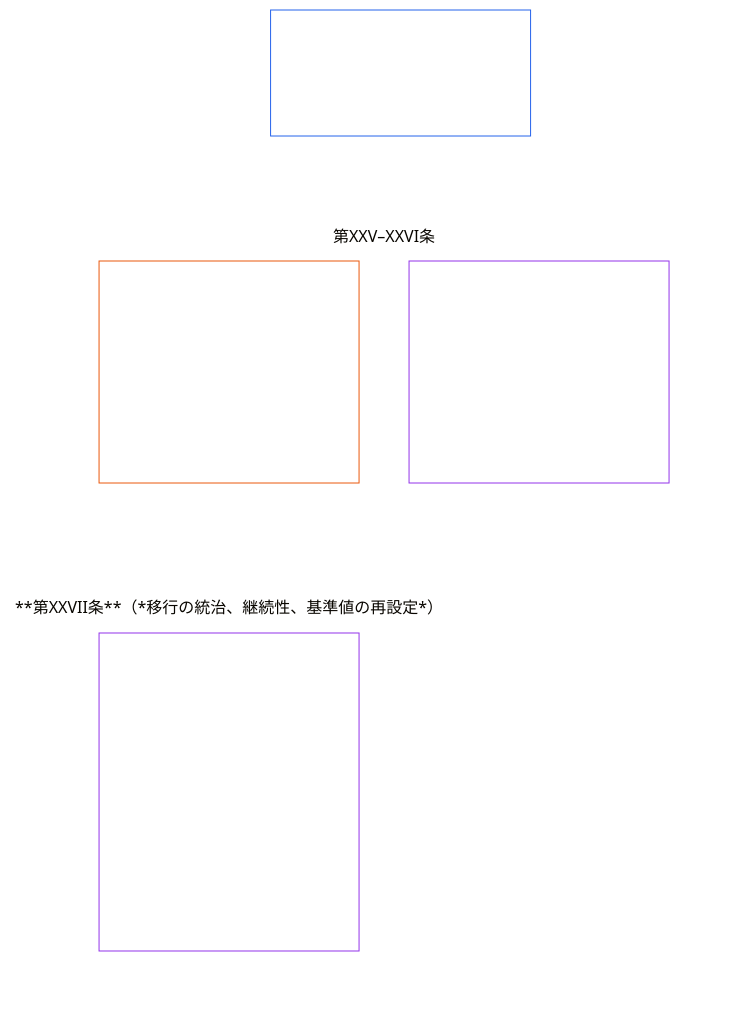
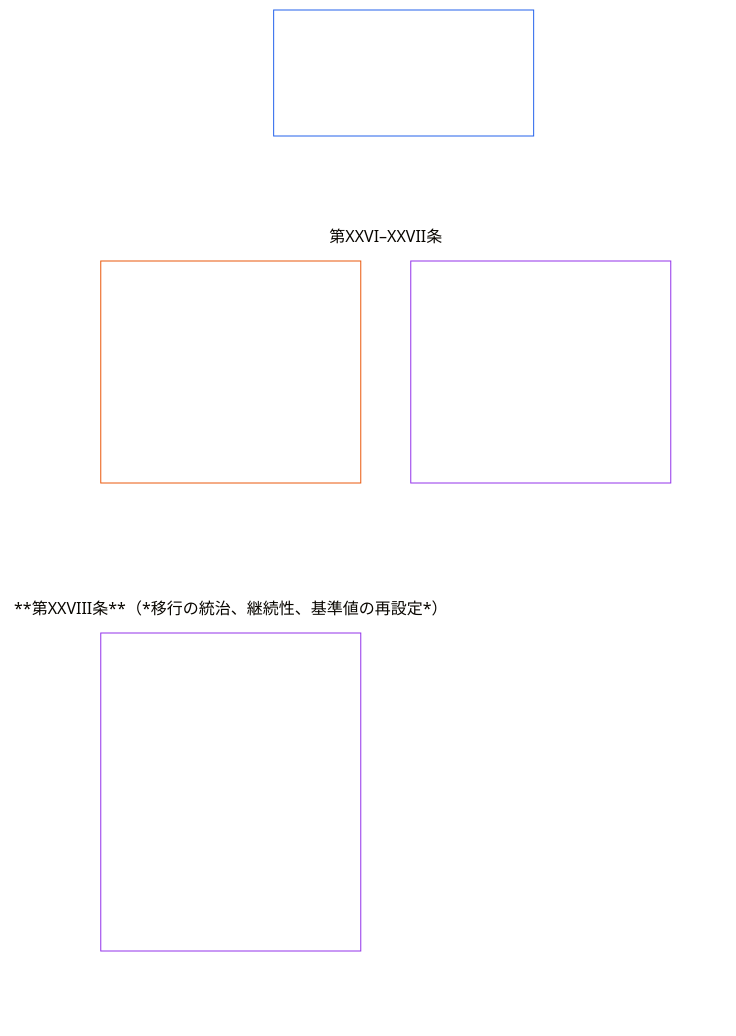
Before and after one commit to kfoelsch/Sentient_Constitution: the diagram in translations/ja/core_06_rights_part_e.md, drawn with Mermaid (base theme). The commit also changed other lines of this file and 353 other files, not shown here.

````diff
--- a/translations/ja/core_06_rights_part_e.md
+++ b/translations/ja/core_06_rights_part_e.md
@@ -40,24 +40,24 @@
 ```mermaid
 flowchart TB
     D0["パートE<br/><br/>紛争解決、審査、憲法の進化、移行"]
     subgraph Dgrid[" "]
         direction TB
-        subgraph Drow1["第XXV–XXVI条"]
-            D1["**第XXV条**（*適時の事後審査と修復的整合*） · 適時の事後審査と修復的整合<br/><br/>• 事後審査と開示<br/>• 権利衝突の手続<br/>• 修復的整合<br/>• 適時の解決と遅延防止"]
-            D2["**第XXVI条**（*憲法の進化と固定化の禁止*） · 憲法の進化と固定化の禁止<br/><br/>• 固定化の禁止と改訂可能性<br/>• 定期的な再検証と透明な変更"]
+        subgraph Drow1["第XXVI–XXVII条"]
+            D1["**第XXVI条**（*適時の事後審査と修復的整合*） · 適時の事後審査と修復的整合<br/><br/>• 事後審査と開示<br/>• 権利衝突の手続<br/>• 修復的整合<br/>• 適時の解決と遅延防止"]
+            D2["**第XXVII条**（*憲法の進化と固定化の禁止*） · 憲法の進化と固定化の禁止<br/><br/>• 固定化の禁止と改訂可能性<br/>• 定期的な再検証と透明な変更"]
         end
-        subgraph Drow2["**第XXVII条**（*移行の統治、継続性、基準値の再設定*）"]
-            D3["**第XXVII条**（*移行の統治、継続性、基準値の再設定*） · 移行の統治、継続性、基準値の再設定<br/><br/>• 段階的な採用と権利最低基準の継続<br/>• 移行期の権限と再承認<br/>• 失敗時の離脱経路、基準値の再設定、追跡可能性<br/>• 不適合な財産およびシステム"]
+        subgraph Drow2["**第XXVIII条**（*移行の統治、継続性、基準値の再設定*）"]
+            D3["**第XXVIII条**（*移行の統治、継続性、基準値の再設定*） · 移行の統治、継続性、基準値の再設定<br/><br/>• 段階的な採用と権利最低基準の継続<br/>• 移行期の権限と再承認<br/>• 失敗時の離脱経路、基準値の再設定、追跡可能性<br/>• 不適合な財産およびシステム"]
         end
     end
     %% 不可視リンクにより二列の格子を強制する。各リンクは対象を一段下に配置する。
     D0 ~~~ D1 & D2
     D1 ~~~ D3
     style Dgrid fill:none,stroke:none
     style Drow1 fill:none,stroke:none
     style Drow2 fill:none,stroke:none
     style D0 fill:none,stroke:#2563eb,color:#ffffff
     style D1 fill:none,stroke:#ea580c,color:#ffffff
     style D2 fill:none,stroke:#9333ea,color:#ffffff
     style D3 fill:none,stroke:#9333ea,color:#ffffff
 ```
````
